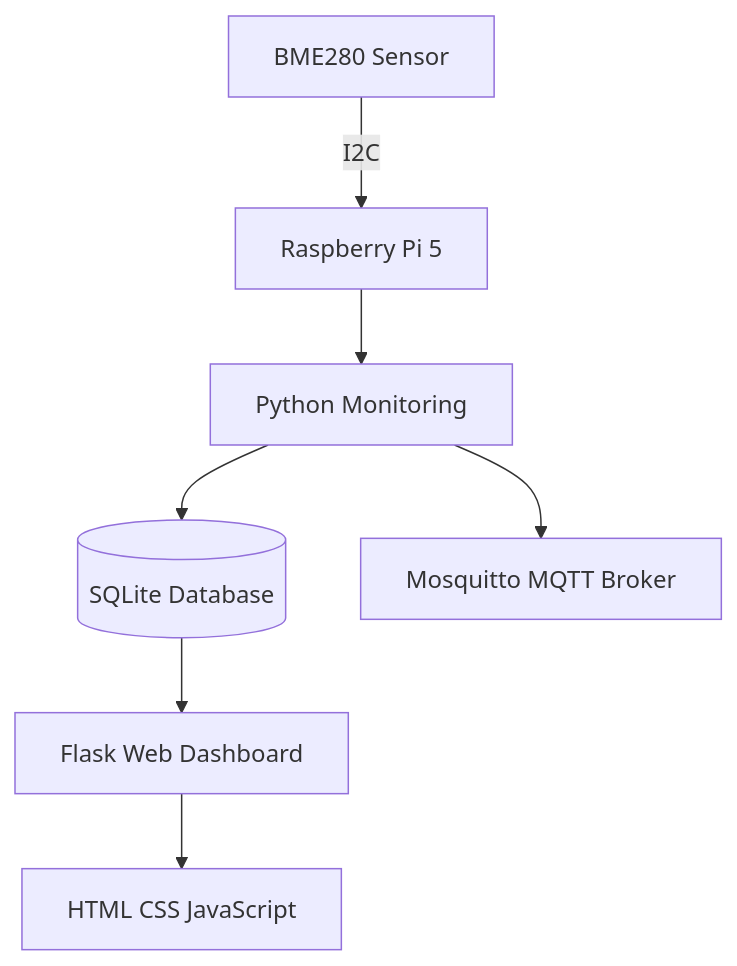
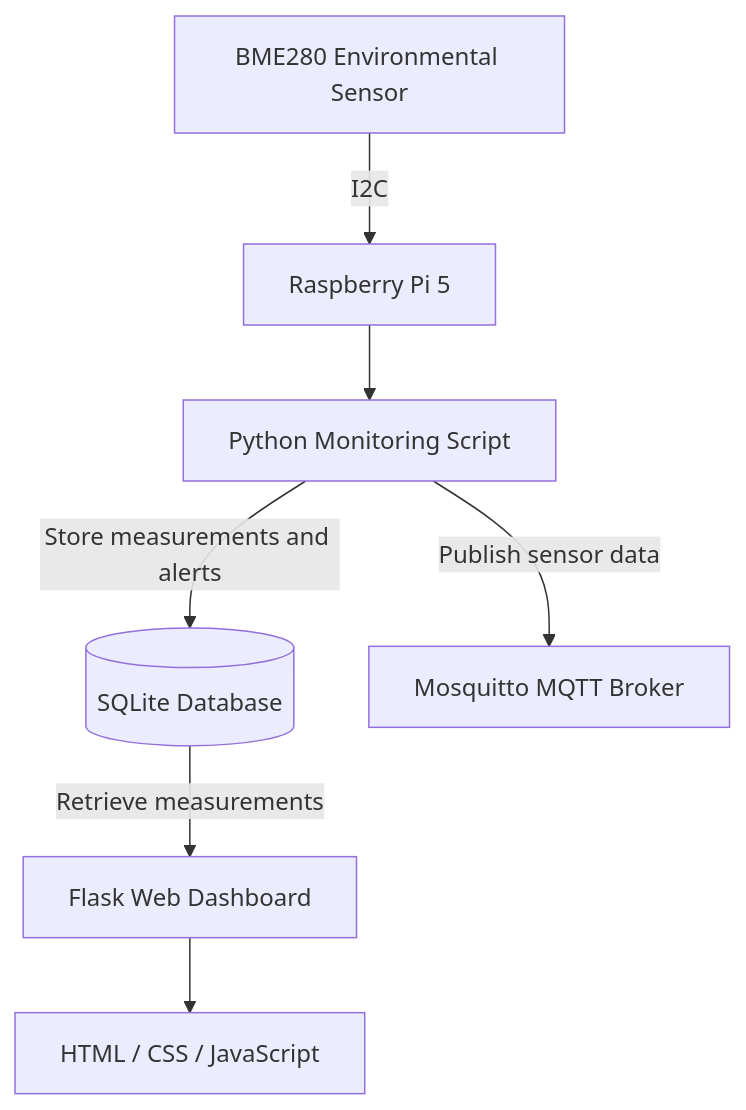
Before and after one commit to Syrine-t/iot-environment-monitoring: the diagram in docs/architecture.md, drawn with Mermaid. The commit also changed other lines of this file, not shown here.

Commit message:
Improve IoT system architecture diagram

````diff
--- a/docs/architecture.md
+++ b/docs/architecture.md
@@ -4,9 +6,14 @@
 ```mermaid
 flowchart TD
-    A[BME280 Sensor] -->|I2C| B[Raspberry Pi 5]
-    B --> C[Python Monitoring]
-    C --> D[(SQLite Database)]
-    C --> E[Mosquitto MQTT Broker]
-    D --> F[Flask Web Dashboard]
-    F --> G[HTML CSS JavaScript]
+    A["BME280 Environmental Sensor"] -->|"I2C"| B["Raspberry Pi 5"]
+
+    B --> C["Python Monitoring Script"]
+
+    C -->|"Store measurements and alerts"| D[("SQLite Database")]
+
+    C -->|"Publish sensor data"| E["Mosquitto MQTT Broker"]
+
+    D -->|"Retrieve measurements"| F["Flask Web Dashboard"]
+
+    F --> G["HTML / CSS / JavaScript"]
 ```
````
